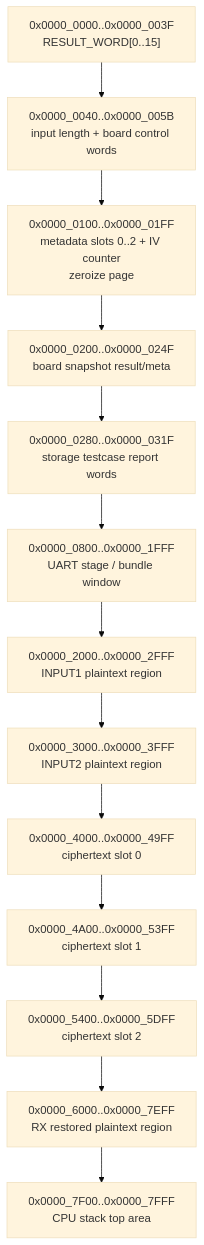
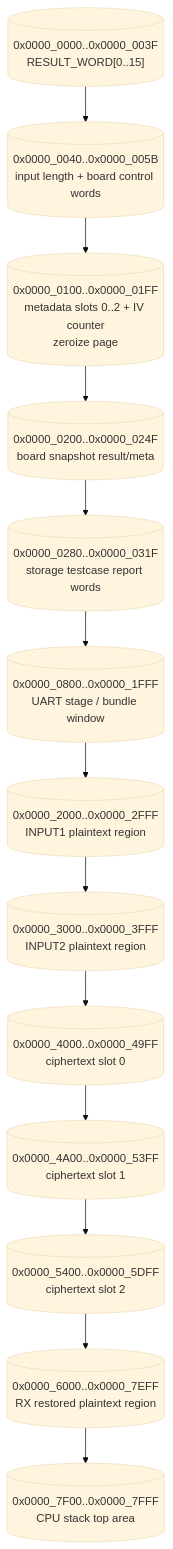
The diagram in docs/dmem_partition_diagram_spec.md (ngoquocan139/AES_huffman_all6), drawn with Mermaid (base theme) before and after one commit. The commit also changed 28 other files, not shown here.

````diff
--- a/docs/dmem_partition_diagram_spec.md
+++ b/docs/dmem_partition_diagram_spec.md
@@ -72,18 +72,18 @@
 ```mermaid
 flowchart TB
-    A["0x0000_0000..0x0000_003F<br/>RESULT_WORD[0..15]"]
-    B["0x0000_0040..0x0000_005B<br/>input length + board control words"]
-    C["0x0000_0100..0x0000_01FF<br/>metadata slots 0..2 + IV counter<br/>zeroize page"]
-    D["0x0000_0200..0x0000_024F<br/>board snapshot result/meta"]
-    E["0x0000_0280..0x0000_031F<br/>storage testcase report words"]
-    F["0x0000_0800..0x0000_1FFF<br/>UART stage / bundle window"]
-    G["0x0000_2000..0x0000_2FFF<br/>INPUT1 plaintext region"]
-    H["0x0000_3000..0x0000_3FFF<br/>INPUT2 plaintext region"]
-    I["0x0000_4000..0x0000_49FF<br/>ciphertext slot 0"]
-    J["0x0000_4A00..0x0000_53FF<br/>ciphertext slot 1"]
-    K["0x0000_5400..0x0000_5DFF<br/>ciphertext slot 2"]
-    L["0x0000_6000..0x0000_7EFF<br/>RX restored plaintext region"]
-    M["0x0000_7F00..0x0000_7FFF<br/>CPU stack top area"]
+    A[("0x0000_0000..0x0000_003F<br/>RESULT_WORD[0..15]")]
+    B[("0x0000_0040..0x0000_005B<br/>input length + board control words")]
+    C[("0x0000_0100..0x0000_01FF<br/>metadata slots 0..2 + IV counter<br/>zeroize page")]
+    D[("0x0000_0200..0x0000_024F<br/>board snapshot result/meta")]
+    E[("0x0000_0280..0x0000_031F<br/>storage testcase report words")]
+    F[("0x0000_0800..0x0000_1FFF<br/>UART stage / bundle window")]
+    G[("0x0000_2000..0x0000_2FFF<br/>INPUT1 plaintext region")]
+    H[("0x0000_3000..0x0000_3FFF<br/>INPUT2 plaintext region")]
+    I[("0x0000_4000..0x0000_49FF<br/>ciphertext slot 0")]
+    J[("0x0000_4A00..0x0000_53FF<br/>ciphertext slot 1")]
+    K[("0x0000_5400..0x0000_5DFF<br/>ciphertext slot 2")]
+    L[("0x0000_6000..0x0000_7EFF<br/>RX restored plaintext region")]
+    M[("0x0000_7F00..0x0000_7FFF<br/>CPU stack top area")]
 
     A --> B --> C --> D --> E --> F --> G --> H --> I --> J --> K --> L --> M
 ```
````
